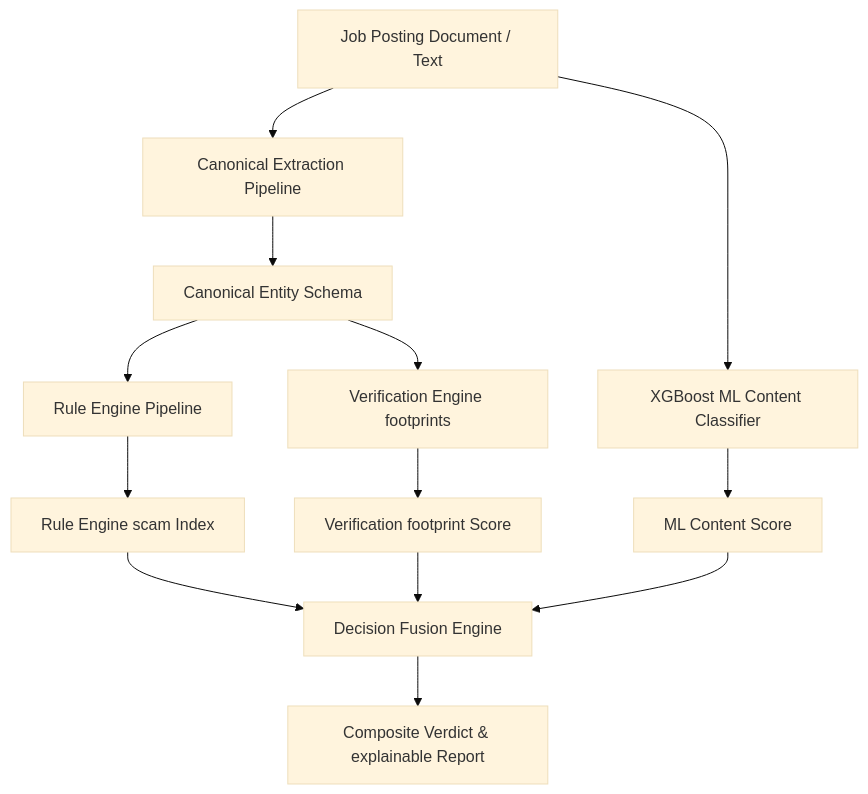
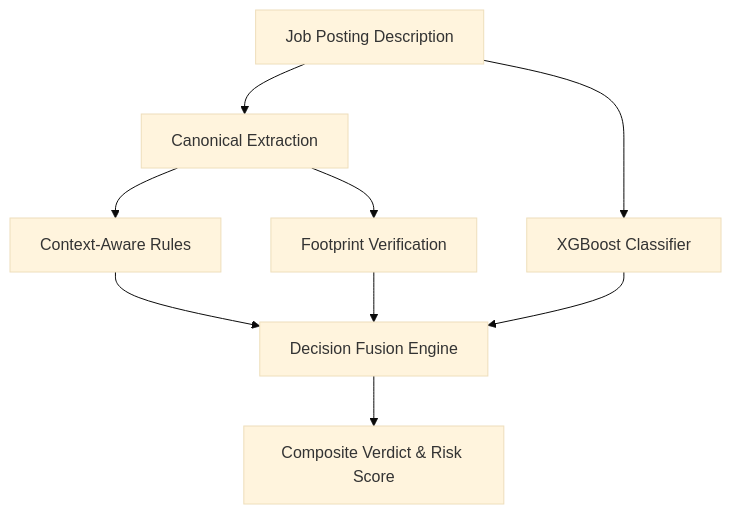
One commit to tanyajha29/RecruitSafe changed the first of 8 diagrams in docs/Architecture.md. Above: the diagram before and after it, drawn with Mermaid (base theme). The commit also changed other lines of this file and 24 other files, not shown here.

````diff
--- a/docs/Architecture.md
+++ b/docs/Architecture.md
@@ -11,15 +38,13 @@
 ```mermaid
 graph TD
-    A[Job Posting Document / Text] --> B[Canonical Extraction Pipeline]
-    B --> C[Canonical Entity Schema]
-    C --> D[Rule Engine Pipeline]
-    C --> E[Verification Engine footprints]
-    D --> F[Rule Engine scam Index]
-    E --> G[Verification footprint Score]
-    A --> H[XGBoost ML Content Classifier]
-    H --> I[ML Content Score]
-    F --> J[Decision Fusion Engine]
-    G --> J
-    I --> J
-    J --> K[Composite Verdict & explainable Report]
+    Job[Job Posting Description] --> Extraction[Canonical Extraction]
+    Extraction --> Rules[Context-Aware Rules]
+    Extraction --> Verification[Footprint Verification]
+    Job --> ML[XGBoost Classifier]
+    
+    Rules --> Fusion[Decision Fusion Engine]
+    Verification --> Fusion
+    ML --> Fusion
+    
+    Fusion --> Verdict[Composite Verdict & Risk Score]
 ```
````
